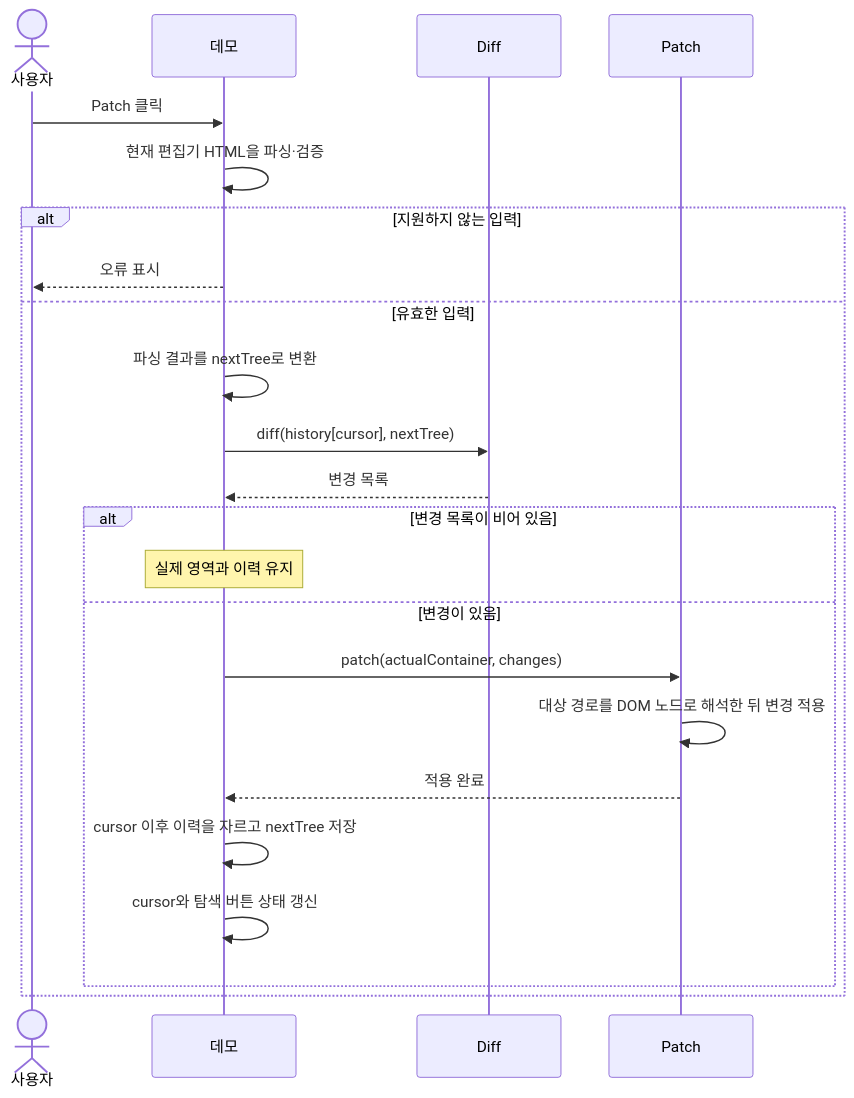
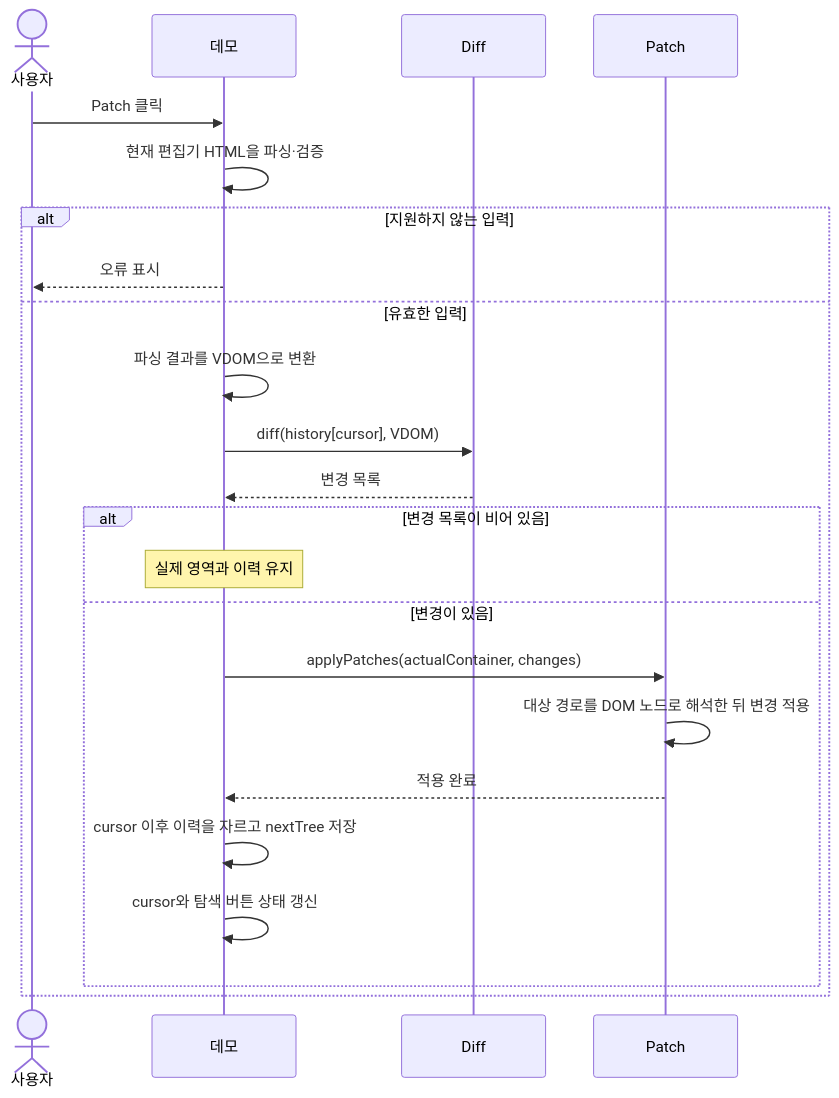
The first of 2 diagrams in docs/project-spec.md (jeongjinyeong/mini-ReactJS), drawn with Mermaid before and after one commit. The commit also changed other lines of this file and 9 other files, not shown here.

````diff
--- a/docs/project-spec.md
+++ b/docs/project-spec.md
@@ -34,26 +71,26 @@
-```mermaid
-sequenceDiagram
-    actor U as 사용자
-    participant D as 데모
-    participant F as Diff
-    participant P as Patch
-
-    U->>D: Patch 클릭
-    D->>D: 현재 편집기 HTML을 파싱·검증
-    alt 지원하지 않는 입력
-        D-->>U: 오류 표시
-    else 유효한 입력
-        D->>D: 파싱 결과를 nextTree로 변환
-        D->>F: diff(history[cursor], nextTree)
-        F-->>D: 변경 목록
-        alt 변경 목록이 비어 있음
-            Note over D: 실제 영역과 이력 유지
-        else 변경이 있음
-            D->>P: patch(actualContainer, changes)
-            P->>P: 대상 경로를 DOM 노드로 해석한 뒤 변경 적용
-            P-->>D: 적용 완료
-            D->>D: cursor 이후 이력을 자르고 nextTree 저장
-            D->>D: cursor와 탐색 버튼 상태 갱신
+    ```mermaid
+    sequenceDiagram
+        actor U as 사용자
+        participant D as 데모
+        participant F as Diff
+        participant P as Patch
+    
+        U->>D: Patch 클릭
+        D->>D: 현재 편집기 HTML을 파싱·검증
+        alt 지원하지 않는 입력
+            D-->>U: 오류 표시
+        else 유효한 입력
+            D->>D: 파싱 결과를 VDOM으로 변환
+            D->>F: diff(history[cursor], VDOM)
+            F-->>D: 변경 목록
+            alt 변경 목록이 비어 있음
+                Note over D: 실제 영역과 이력 유지
+            else 변경이 있음
+                D->>P: applyPatches(actualContainer, changes)
+                P->>P: 대상 경로를 DOM 노드로 해석한 뒤 변경 적용
+                P-->>D: 적용 완료
+                D->>D: cursor 이후 이력을 자르고 nextTree 저장
+                D->>D: cursor와 탐색 버튼 상태 갱신
+            end
         end
-    end
-```
+    ```
````
